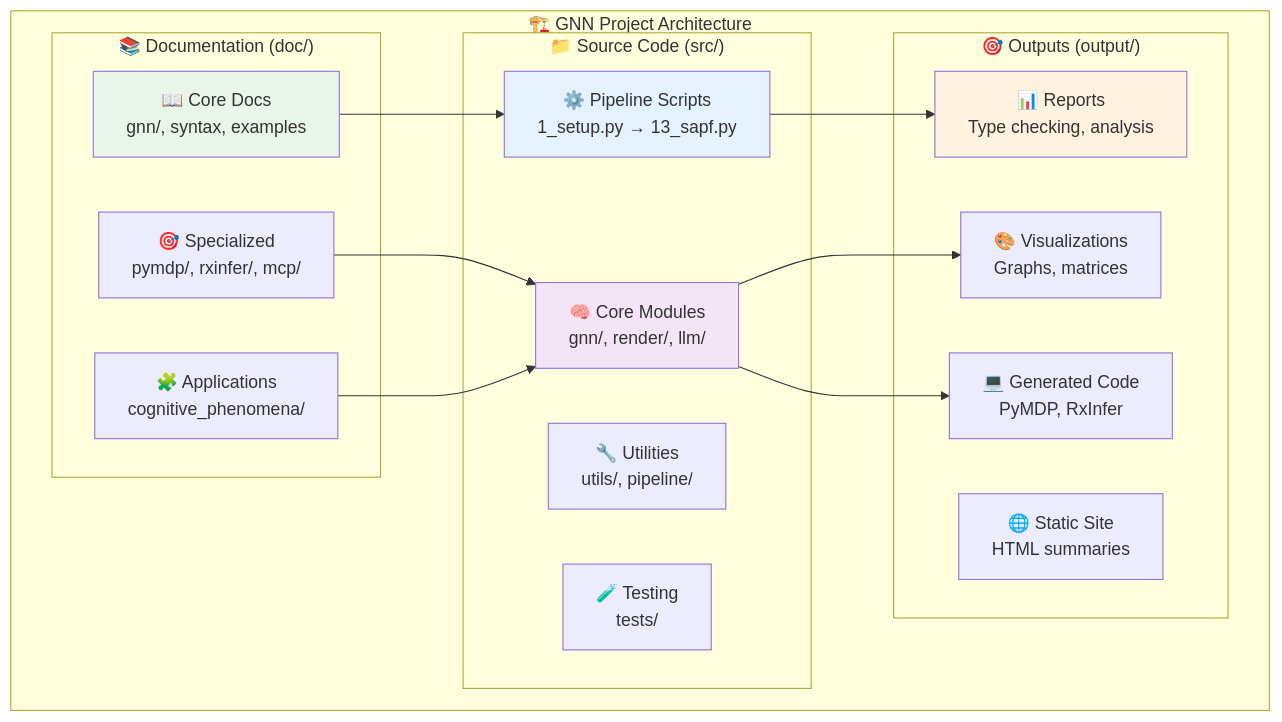
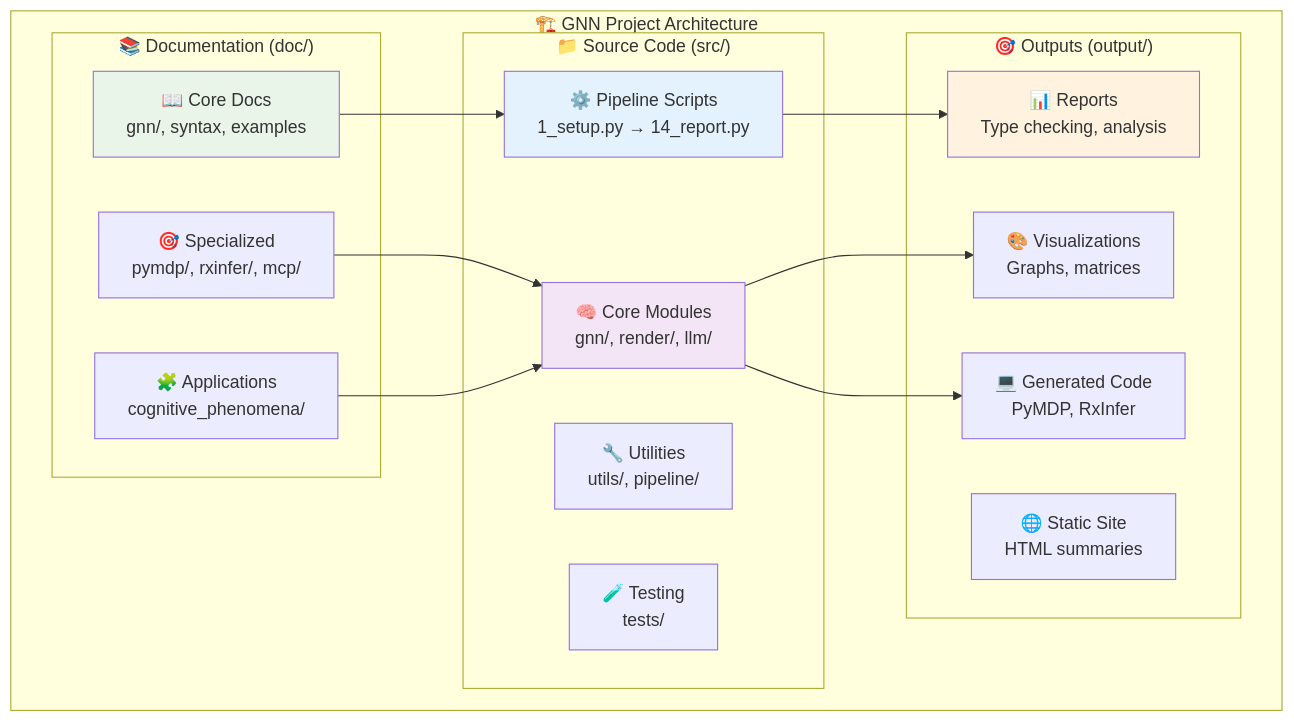
One commit to ActiveInferenceInstitute/GeneralizedNotationNotation changed the second of 4 diagrams in README.md. Above: the diagram before and after it, drawn with Mermaid. The commit also changed other lines of this file and 44 other files, not shown here.

````diff
--- a/README.md
+++ b/README.md
@@ -137,36 +137,36 @@
 ```mermaid
 graph TB
     subgraph "🏗️ GNN Project Architecture"
         subgraph "📁 Source Code (src/)"
-            A[⚙️ Pipeline Scripts<br/>1_setup.py → 13_sapf.py]
+            A[⚙️ Pipeline Scripts<br/>1_setup.py → 14_report.py]
             B[🧠 Core Modules<br/>gnn/, render/, llm/]
             C[🔧 Utilities<br/>utils/, pipeline/]
             D[🧪 Testing<br/>tests/]
         end
         
         subgraph "📚 Documentation (doc/)"
             E[📖 Core Docs<br/>gnn/, syntax, examples]
             F[🎯 Specialized<br/>pymdp/, rxinfer/, mcp/]
             G[🧩 Applications<br/>cognitive_phenomena/]
         end
         
         subgraph "🎯 Outputs (output/)"
             H[📊 Reports<br/>Type checking, analysis]
             I[🎨 Visualizations<br/>Graphs, matrices]
             J[💻 Generated Code<br/>PyMDP, RxInfer]
             K[🌐 Static Site<br/>HTML summaries]
         end
     end
     
     A --> H
     B --> I
     B --> J
     E --> A
     F --> B
     G --> B
     
     style A fill:#e3f2fd
     style B fill:#f3e5f5
     style E fill:#e8f5e8
     style H fill:#fff3e0
 ```
````
